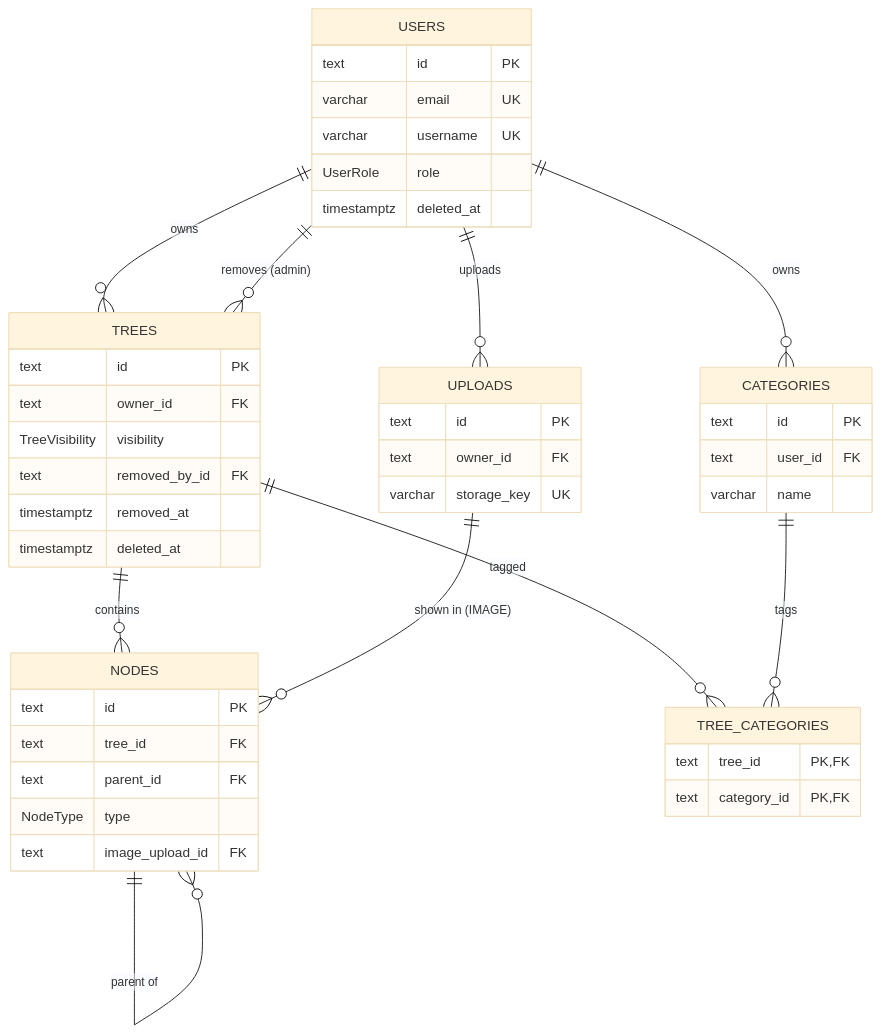
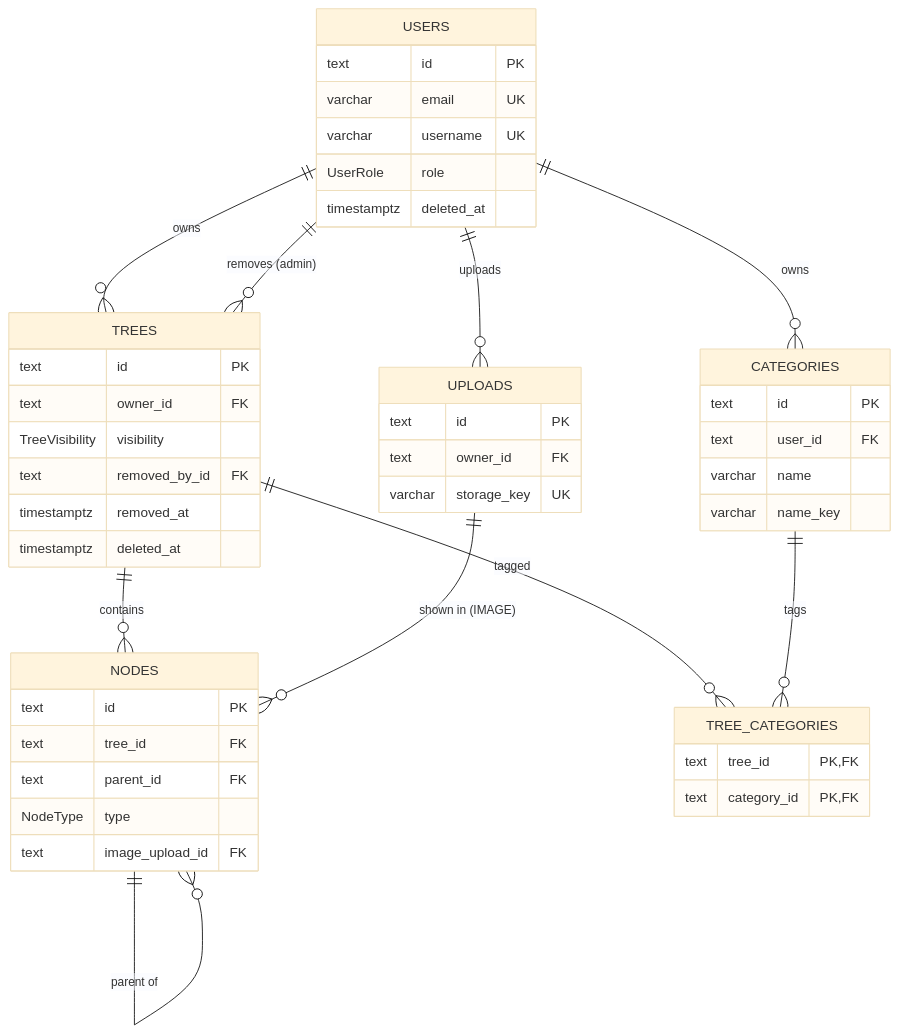
The diagram in MANIFEST.md (kenola12345/highdea_tree_app), drawn with Mermaid (base theme) before and after one commit. The commit also changed other lines of this file, not shown here.

````diff
--- a/MANIFEST.md
+++ b/MANIFEST.md
@@ -95,49 +95,50 @@
 ```mermaid
 erDiagram
   USERS ||--o{ TREES : "owns"
   USERS ||--o{ TREES : "removes (admin)"
   USERS ||--o{ CATEGORIES : "owns"
   USERS ||--o{ UPLOADS : "uploads"
   TREES ||--o{ NODES : "contains"
   NODES ||--o{ NODES : "parent of"
   UPLOADS ||--o{ NODES : "shown in (IMAGE)"
   TREES ||--o{ TREE_CATEGORIES : "tagged"
   CATEGORIES ||--o{ TREE_CATEGORIES : "tags"
 
   USERS {
     text id PK
     varchar email UK
     varchar username UK
     UserRole role
     timestamptz deleted_at
   }
   TREES {
     text id PK
     text owner_id FK
     TreeVisibility visibility
     text removed_by_id FK
     timestamptz removed_at
     timestamptz deleted_at
   }
   NODES {
     text id PK
     text tree_id FK
     text parent_id FK
     NodeType type
     text image_upload_id FK
   }
   CATEGORIES {
     text id PK
     text user_id FK
     varchar name
+    varchar name_key
   }
   TREE_CATEGORIES {
     text tree_id PK,FK
     text category_id PK,FK
   }
   UPLOADS {
     text id PK
     text owner_id FK
     varchar storage_key UK
   }
 ```
````
